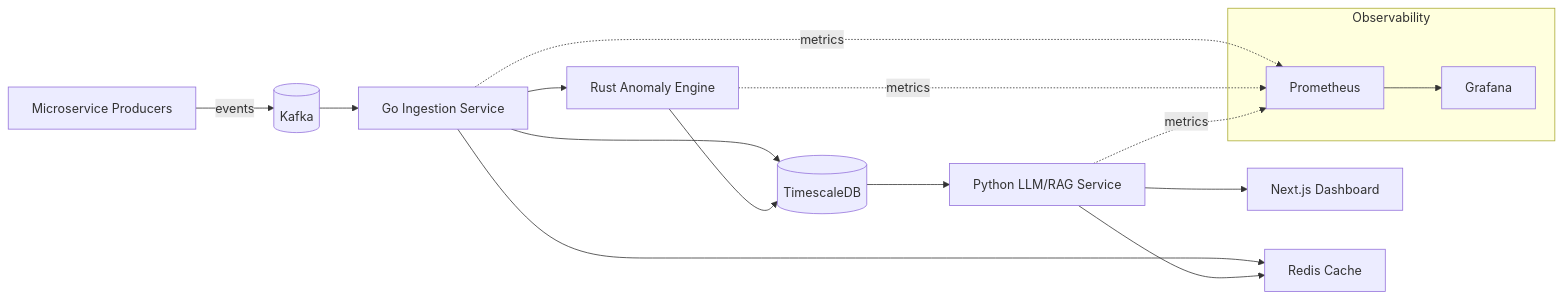
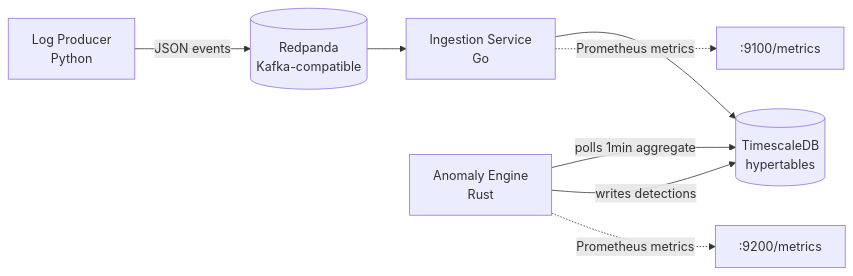
The diagram in README.md (yahiaongh/sentinelops), drawn with Mermaid before and after one commit. The commit also changed other lines of this file and 1 other file, not shown here.

````diff
--- a/README.md
+++ b/README.md
@@ -9,18 +11,10 @@
 ```mermaid
 flowchart LR
-    A[Microservice Producers] -->|events| B[(Kafka)]
-    B --> C[Go Ingestion Service]
-    C --> D[(TimescaleDB)]
-    C --> E[Rust Anomaly Engine]
-    E --> D
-    D --> F[Python LLM/RAG Service]
-    F --> G[Next.js Dashboard]
-    C --> H[Redis Cache]
-    F --> H
-    subgraph Observability
-      I[Prometheus] --> J[Grafana]
-    end
-    C -.metrics.-> I
-    E -.metrics.-> I
-    F -.metrics.-> I
+    A[Log Producer<br/>Python] -->|JSON events| B[(Redpanda<br/>Kafka-compatible)]
+    B --> C[Ingestion Service<br/>Go]
+    C --> D[(TimescaleDB<br/>hypertables)]
+    E[Anomaly Engine<br/>Rust] -->|polls 1min aggregate| D
+    E -->|writes detections| D
+    C -.Prometheus metrics.-> F[":9100/metrics"]
+    E -.Prometheus metrics.-> G[":9200/metrics"]
 ```
````
